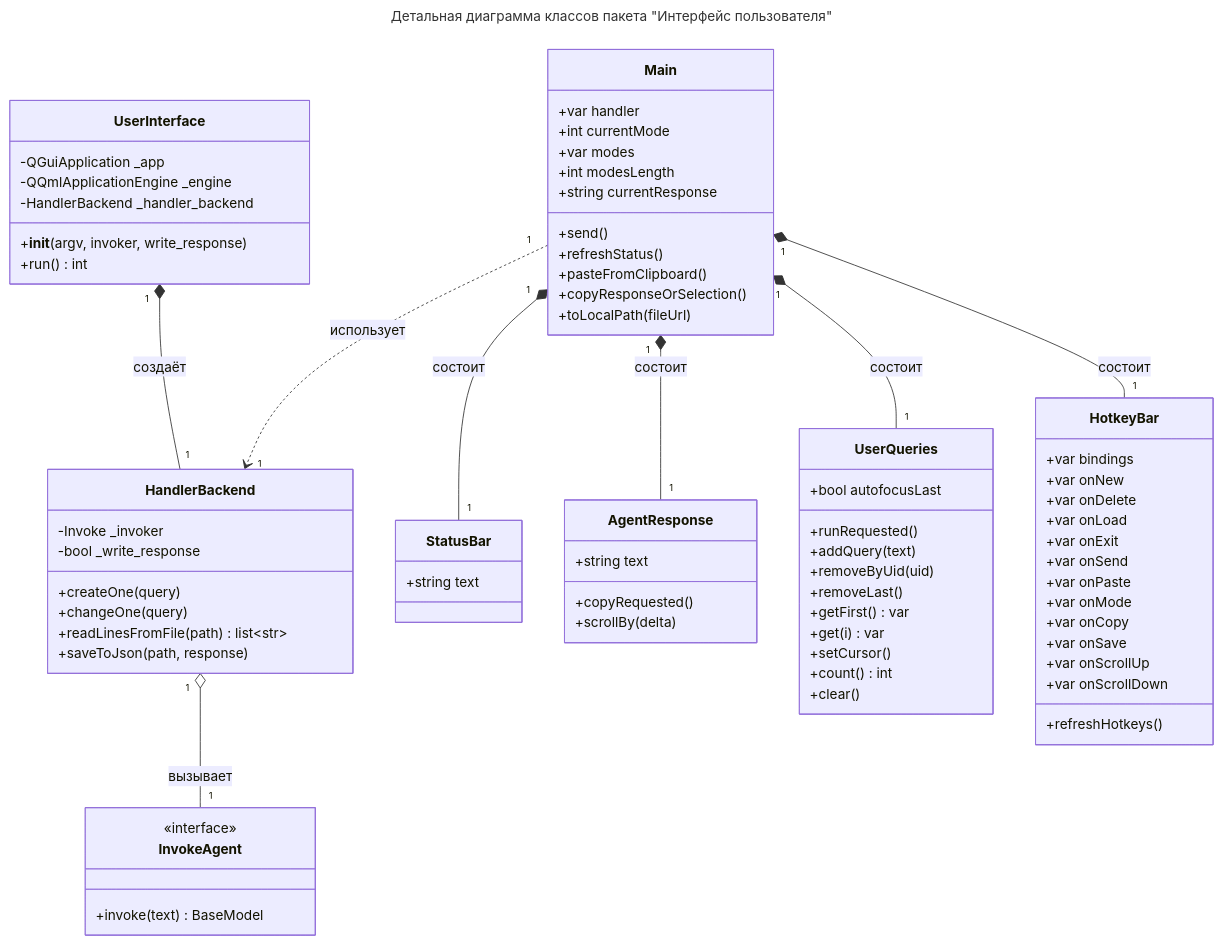
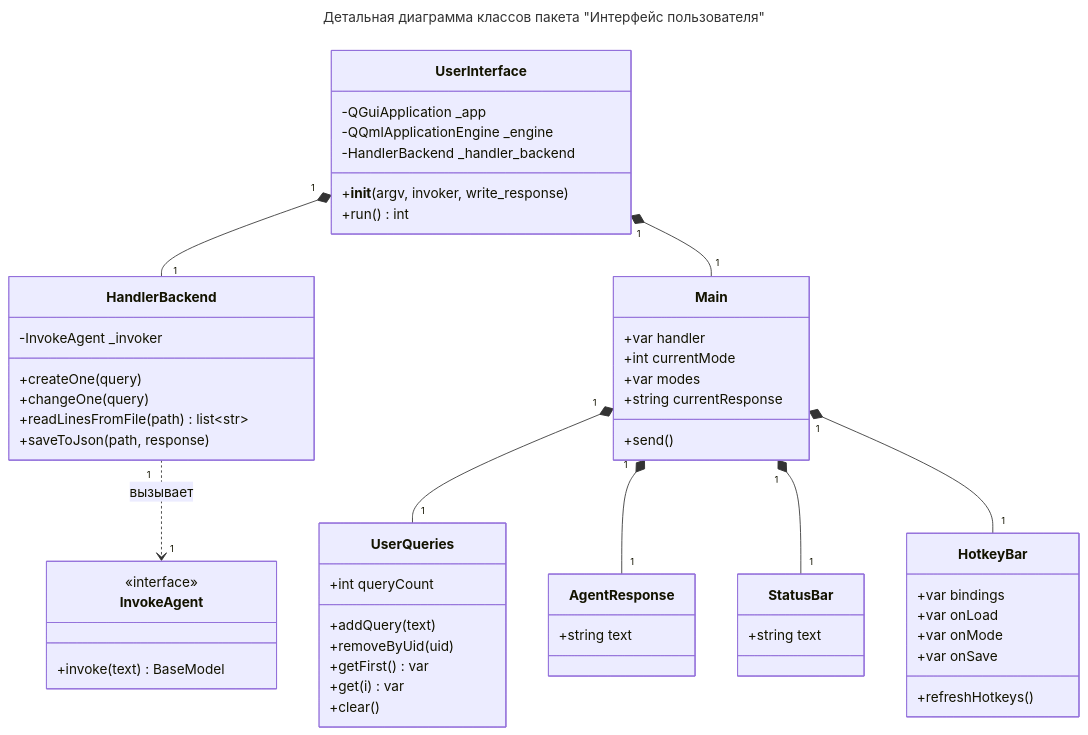
One commit to CHSU-scenarAIst/diagrammy changed the diagram in Пакет Интерфейс пользователя/4. Детальная диаграмма классов.md. Above: the diagram before and after it, drawn with Mermaid. The commit also changed other lines of this file and 13 other files, not shown here.

````diff
--- a/Пакет Интерфейс пользователя/4. Детальная диаграмма классов.md
+++ b/Пакет Интерфейс пользователя/4. Детальная диаграмма классов.md
@@ -41,8 +40,7 @@
     }
 
     class HandlerBackend {
-        -Invoke _invoker
-        -bool _write_response
+        -InvokeAgent _invoker
         +createOne(query)
         +changeOne(query)
         +readLinesFromFile(path) list~str~
@@ -58,13 +56,8 @@
         +var handler
         +int currentMode
         +var modes
-        +int modesLength
         +string currentResponse
         +send()
-        +refreshStatus()
-        +pasteFromClipboard()
-        +copyResponseOrSelection()
-        +toLocalPath(fileUrl)
     }
 
     class StatusBar {
@@ -73,45 +66,31 @@
 
     class AgentResponse {
         +string text
-        +copyRequested()
-        +scrollBy(delta)
     }
 
     class UserQueries {
-        +runRequested()
-        +bool autofocusLast
+        +int queryCount
         +addQuery(text)
         +removeByUid(uid)
-        +removeLast()
         +getFirst() var
         +get(i) var
-        +setCursor()
-        +count() int
         +clear()
     }
 
     class HotkeyBar {
         +var bindings
-        +var onNew
-        +var onDelete
         +var onLoad
-        +var onExit
-        +var onSend
-        +var onPaste
         +var onMode
-        +var onCopy
         +var onSave
-        +var onScrollUp
-        +var onScrollDown
         +refreshHotkeys()
     }
 
-    UserInterface "1" *-- "1" HandlerBackend : создаёт
-    HandlerBackend "1" o-- "1" InvokeAgent : вызывает
-    Main "1" ..> "1" HandlerBackend : использует
-    
-    Main "1" *-- "1" UserQueries : состоит
-    Main "1" *-- "1" AgentResponse : состоит
-    Main "1" *-- "1" StatusBar : состоит
-    Main "1" *-- "1" HotkeyBar : состоит
+    UserInterface "1" *-- "1" HandlerBackend 
+    UserInterface "1" *-- "1" Main
+    HandlerBackend "1" ..> "1" InvokeAgent : вызывает
+
+    Main "1" *-- "1" UserQueries 
+    Main "1" *-- "1" AgentResponse 
+    Main "1" *-- "1" StatusBar 
+    Main "1" *-- "1" HotkeyBar 
 ```
````
